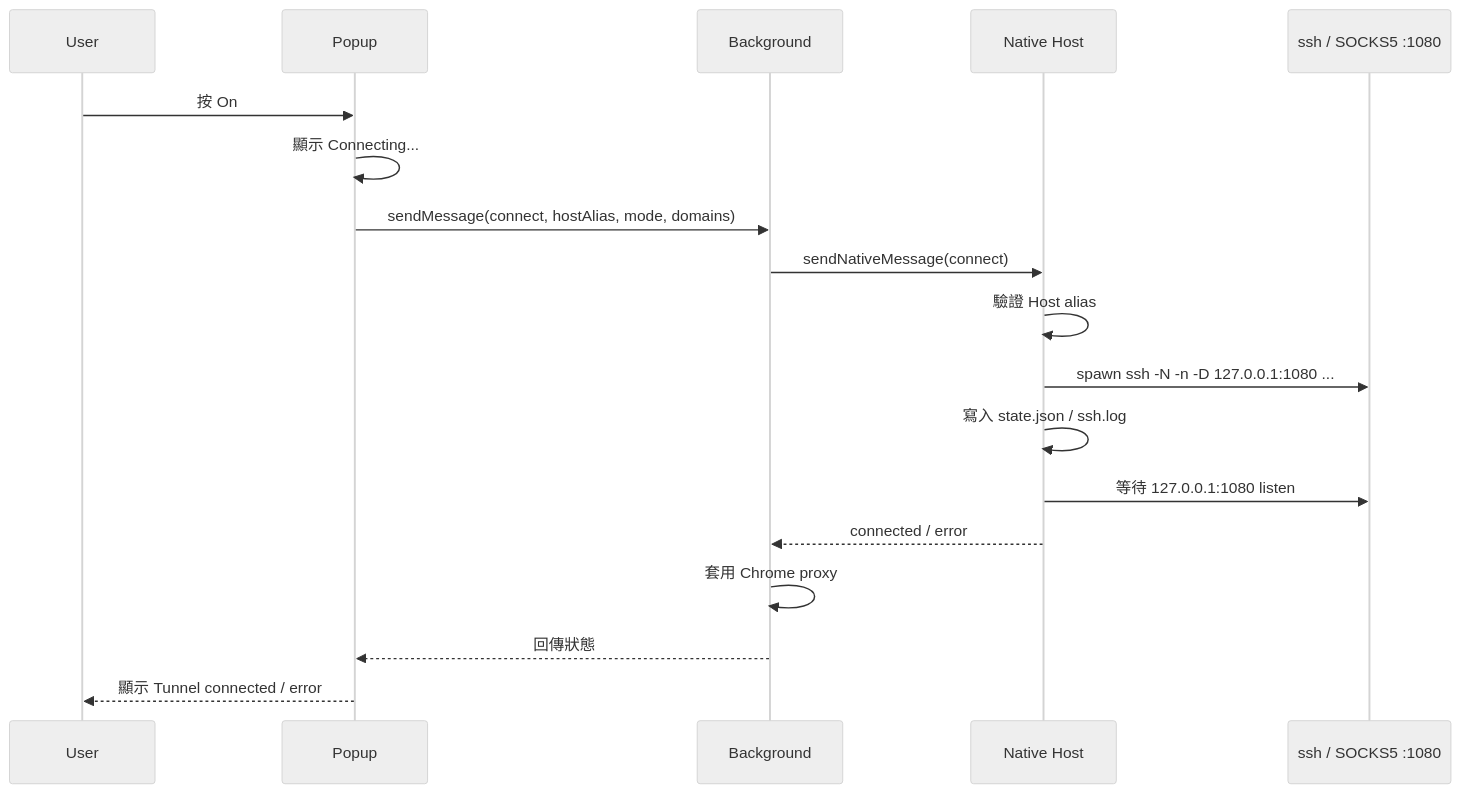
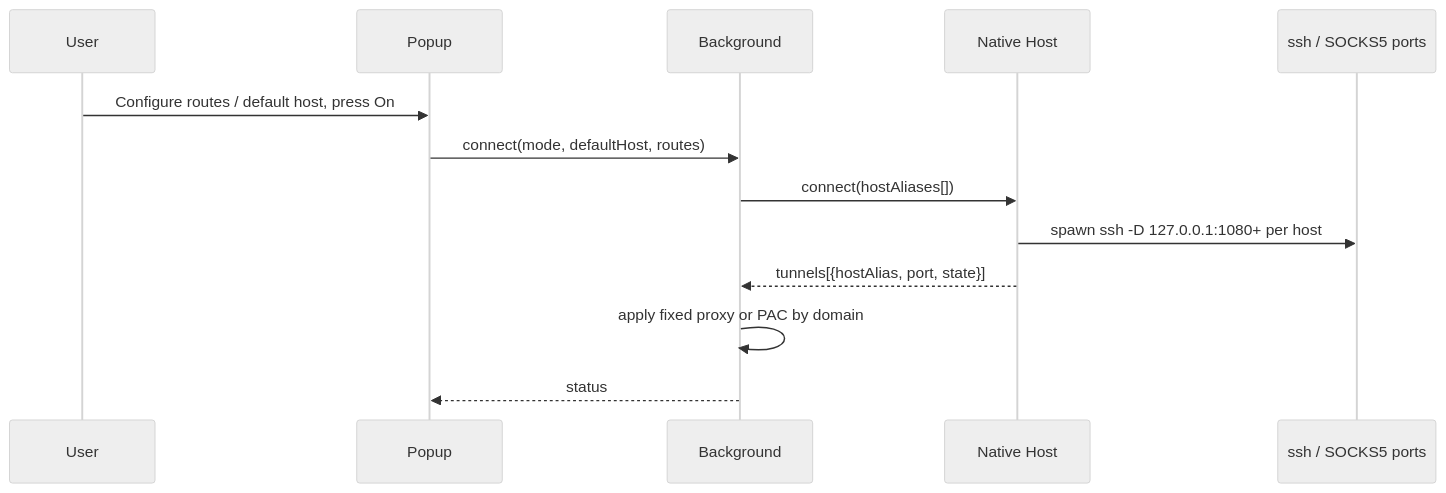
Before and after one commit to davislinyd/webhole: the diagram in README.md, drawn with Mermaid (neutral theme). The commit also changed other lines of this file and 5 other files, not shown here.

First line of the commit message:
feat: multi-host routes, path matching, and popup redesign

````diff
--- a/README.md
+++ b/README.md
@@ -7,21 +17,16 @@
 ```mermaid
 sequenceDiagram
     participant U as User
     participant P as Popup
     participant B as Background
     participant H as Native Host
-    participant S as ssh / SOCKS5 :1080
+    participant S as ssh / SOCKS5 ports
 
-    U->>P: 按 On
-    P->>P: 顯示 Connecting...
-    P->>B: sendMessage(connect, hostAlias, mode, domains)
-    B->>H: sendNativeMessage(connect)
-    H->>H: 驗證 Host alias
-    H->>S: spawn ssh -N -n -D 127.0.0.1:1080 ...
-    H->>H: 寫入 state.json / ssh.log
-    H->>S: 等待 127.0.0.1:1080 listen
-    H-->>B: connected / error
-    B->>B: 套用 Chrome proxy
-    B-->>P: 回傳狀態
-    P-->>U: 顯示 Tunnel connected / error
+    U->>P: Configure routes / default host, press On
+    P->>B: connect(mode, defaultHost, routes)
+    B->>H: connect(hostAliases[])
+    H->>S: spawn ssh -D 127.0.0.1:1080+ per host
+    H-->>B: tunnels[{hostAlias, port, state}]
+    B->>B: apply fixed proxy or PAC by domain
+    B-->>P: status
 ```
````
